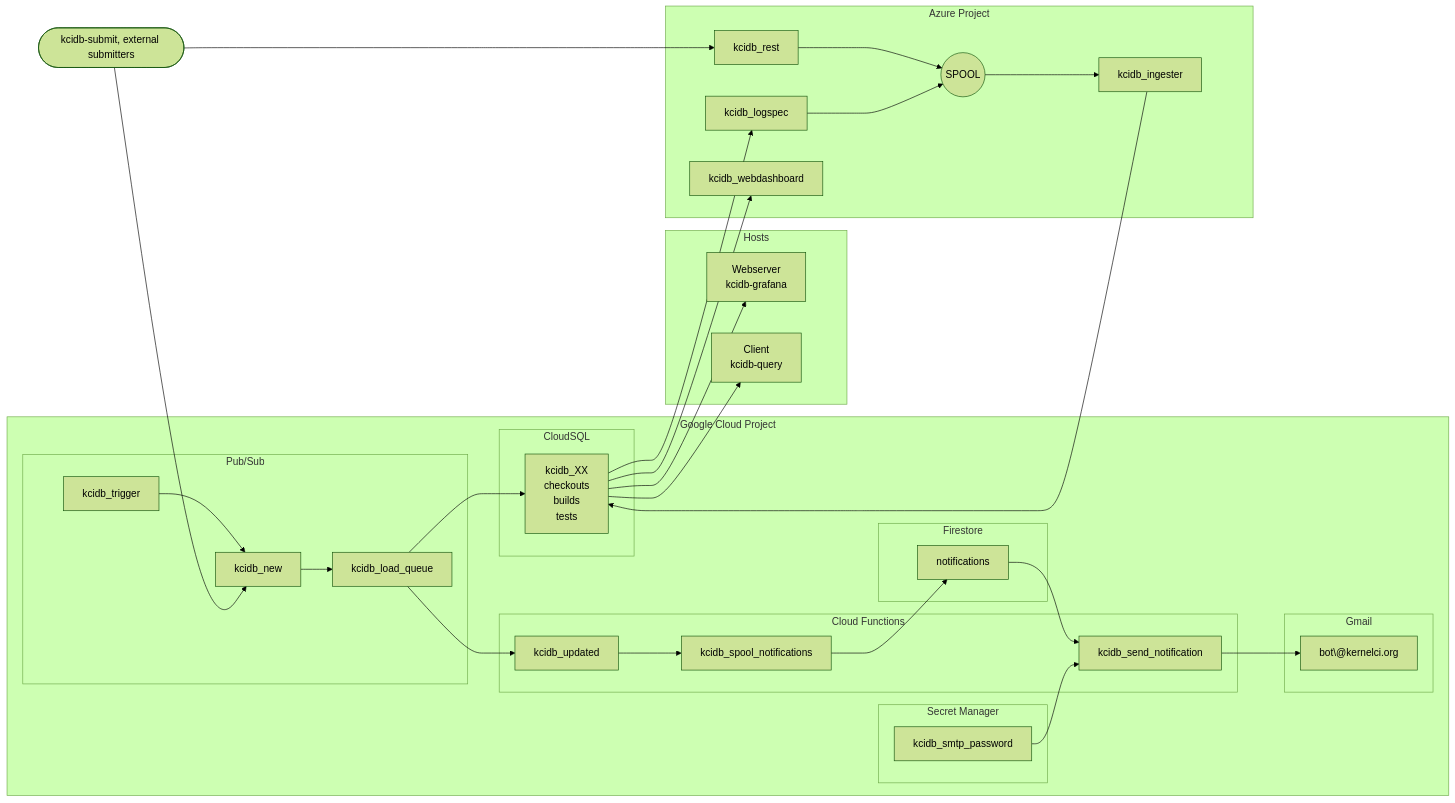
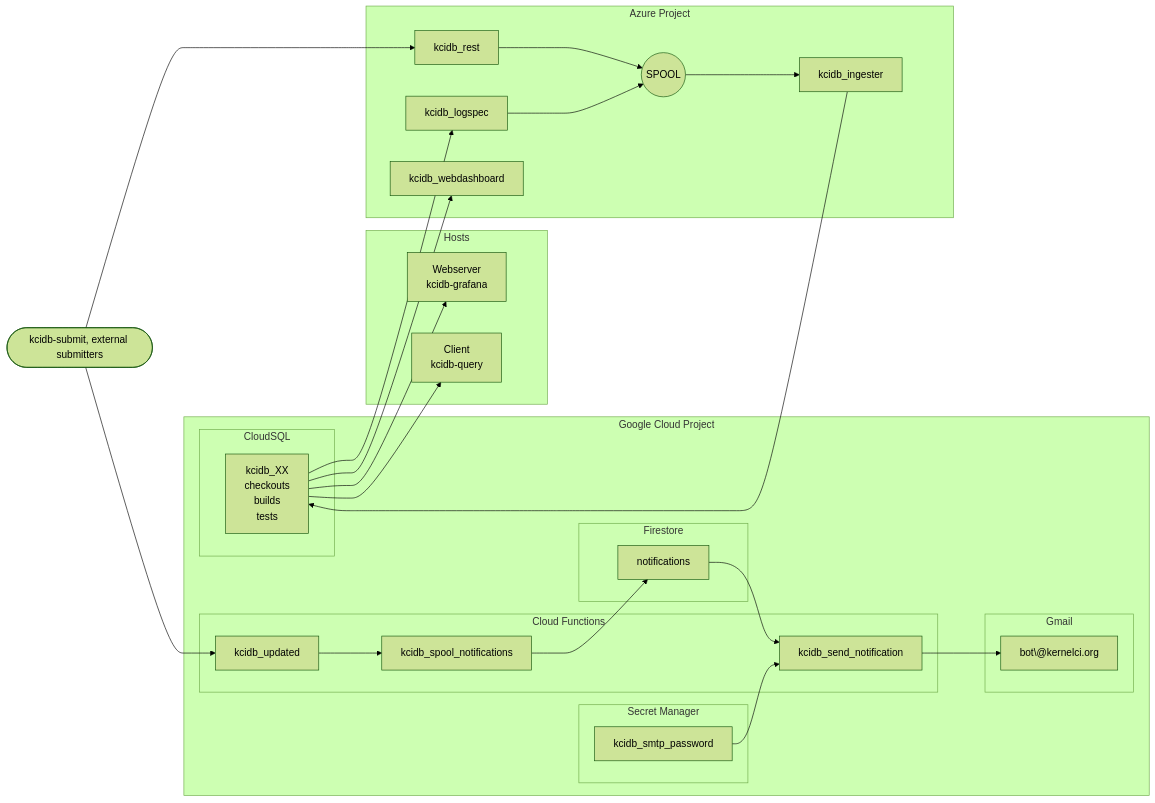
The first of 2 diagrams in doc/administrator_guide.md (nuclearcat/kcidb), drawn with Mermaid (forest theme) before and after one commit. The commit also changed other lines of this file and 1 other file, not shown here.

Commit message:
Docs update to remove Pub/Sub guidance/diagrams; clarify REST-only submission and any migration notes.

```diff
--- a/doc/administrator_guide.md
+++ b/doc/administrator_guide.md
@@ -29,17 +29,11 @@
             kcidb_XX["kcidb_XX<br/>checkouts<br/>builds<br/>tests"]
         end
 
-        subgraph "Pub/Sub"
-            kcidb_trigger["kcidb_trigger"]
-            kcidb_load_queue["kcidb_load_queue"]
-            kcidb_new["kcidb_new"]
-        end
-
-        subgraph "Cloud Functions"
-            kcidb_updated["kcidb_updated"]
-            kcidb_spool_notifications["kcidb_spool_notifications"]
-            kcidb_send_notification["kcidb_send_notification"]
-        end
+    subgraph "Cloud Functions"
+        kcidb_updated["kcidb_updated"]
+        kcidb_spool_notifications["kcidb_spool_notifications"]
+        kcidb_send_notification["kcidb_send_notification"]
+    end
 
         subgraph Firestore
             notifications["notifications"]
@@ -80,11 +74,7 @@
     kcidb_XX --> kcidb_query
     kcidb_XX --> kcidb_webdashboard
 
-    kcidb_trigger --> kcidb_new
-    kcidb_submit --> kcidb_new
-    kcidb_new --> kcidb_load_queue
-    kcidb_load_queue --> kcidb_XX
-    kcidb_load_queue --> kcidb_updated
+    kcidb_submit --> kcidb_updated
     kcidb_updated --> kcidb_spool_notifications
     kcidb_spool_notifications --> notifications
     notifications --> kcidb_send_notification
```
